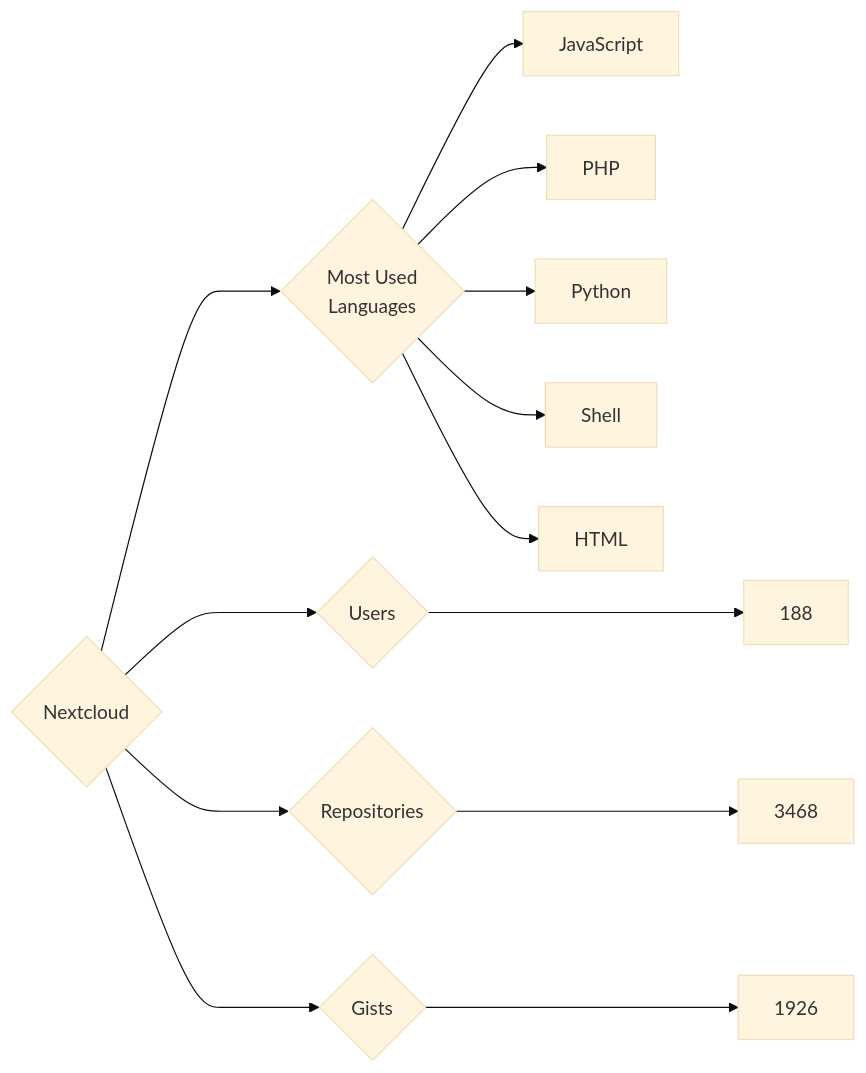
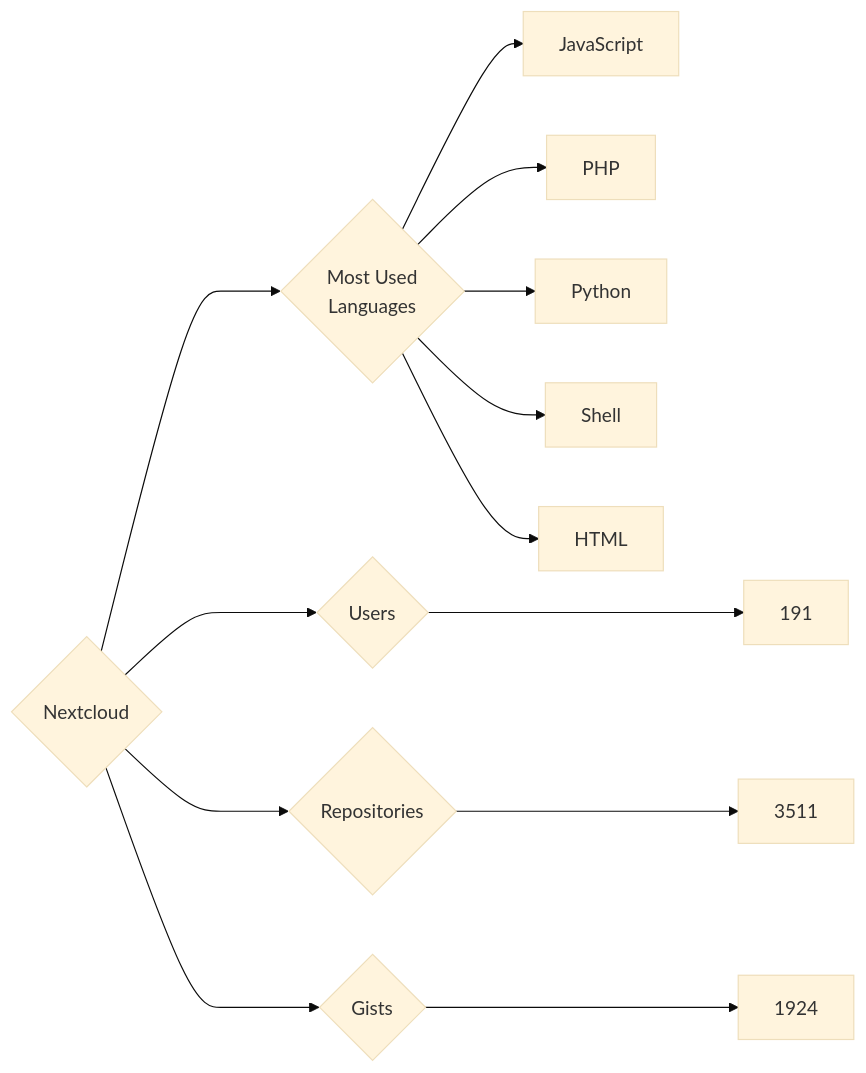
Before and after one commit to trickest/insiders: the diagram in targets/Nextcloud/README.md, drawn with Mermaid (base theme). The commit also changed 728 other files, not shown here.

````diff
--- a/targets/Nextcloud/README.md
+++ b/targets/Nextcloud/README.md
@@ -3,13 +3,13 @@
 ```mermaid
 graph LR
 COMPANY_NAME{Nextcloud}
-COMPANY_NAME ---> U{Users} ---> UN[188]
-COMPANY_NAME ---> R{Repositories} ---> RN[3468]
-COMPANY_NAME ---> G{Gists} ---> GN[1926]
+COMPANY_NAME ---> U{Users} ---> UN[191]
+COMPANY_NAME ---> R{Repositories} ---> RN[3511]
+COMPANY_NAME ---> G{Gists} ---> GN[1924]
 COMPANY_NAME ---> ML{Most Used<br>Languages}
 ML --> JavaScript[JavaScript]
 ML --> PHP[PHP]
 ML --> Python[Python]
 ML --> Shell[Shell]
 ML --> HTML[HTML]
 ```
````
